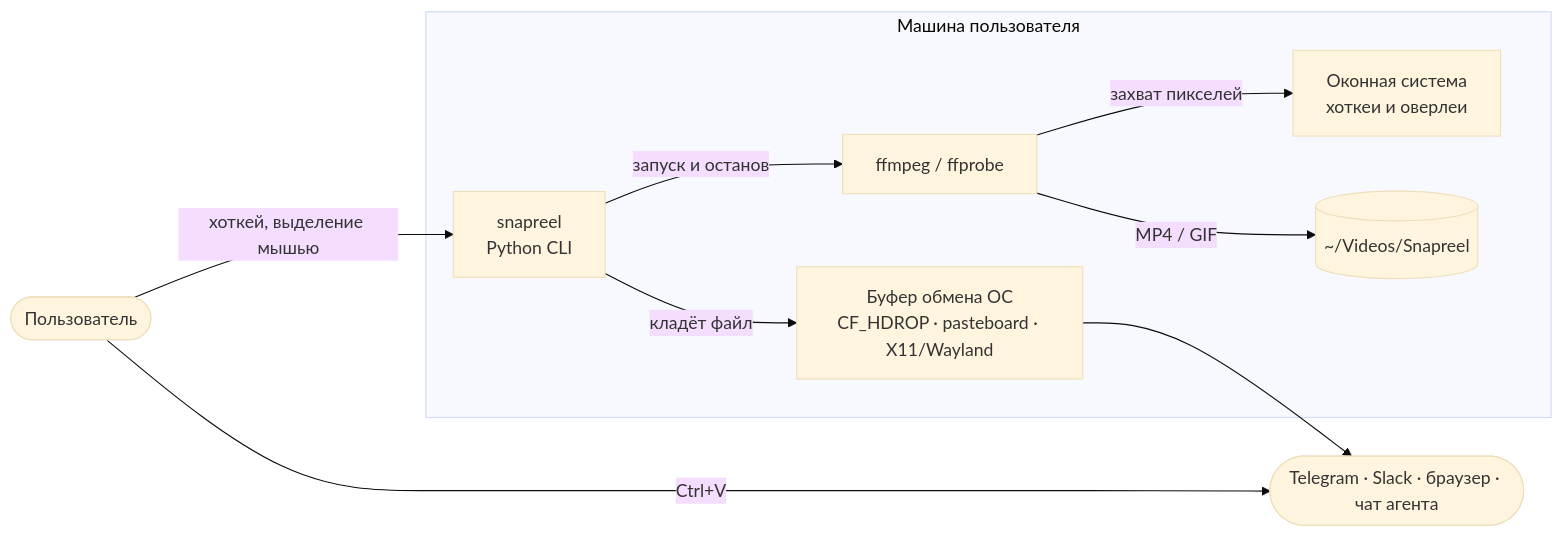
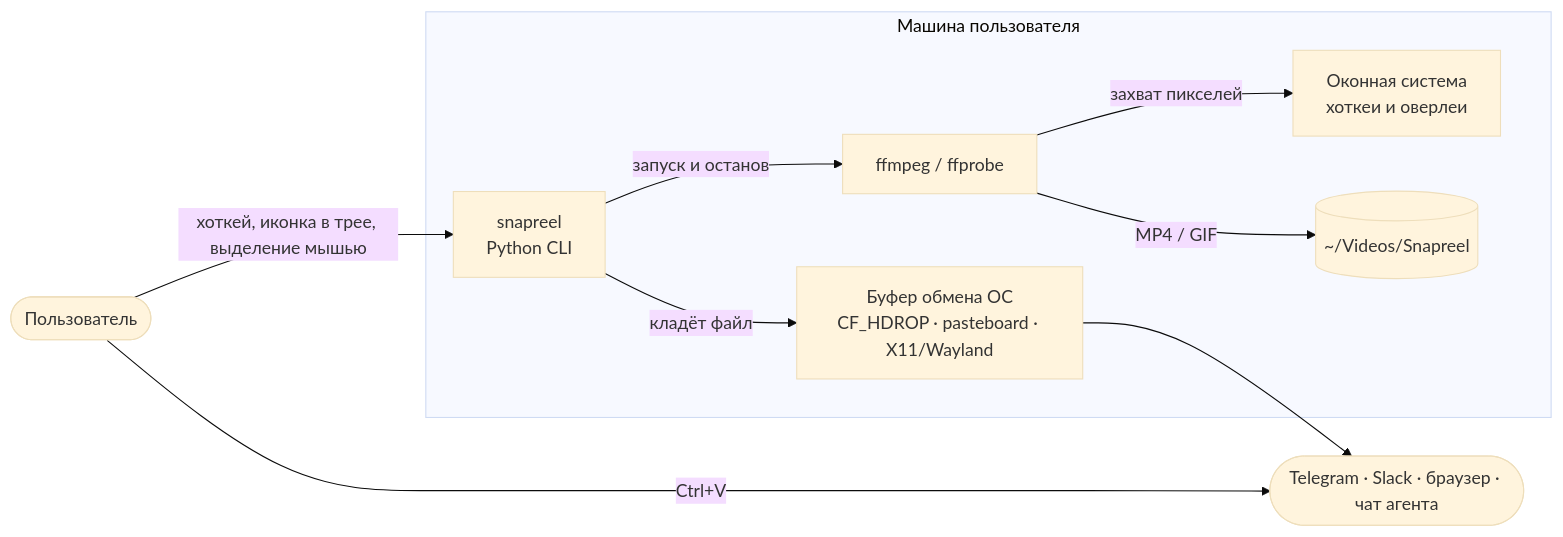
One commit to elementary1997/snapreel changed the first of 4 diagrams in docs/architecture.md. Above: the diagram before and after it, drawn with Mermaid (base theme). The commit also changed other lines of this file and 23 other files, not shown here.

````diff
--- a/docs/architecture.md
+++ b/docs/architecture.md
@@ -11,20 +12,20 @@
 ```mermaid
 graph LR
     user([Пользователь])
     subgraph host[Машина пользователя]
         snapreel[snapreel<br/>Python CLI]
         ffmpeg[ffmpeg / ffprobe]
         clip[Буфер обмена ОС<br/>CF_HDROP · pasteboard · X11/Wayland]
         wm[Оконная система<br/>хоткеи и оверлеи]
         fs[(~/Videos/Snapreel)]
     end
     target([Telegram · Slack · браузер · чат агента])
 
-    user -->|хоткей, выделение мышью| snapreel
+    user -->|хоткей, иконка в трее, выделение мышью| snapreel
     snapreel -->|запуск и останов| ffmpeg
     ffmpeg -->|захват пикселей| wm
     ffmpeg -->|MP4 / GIF| fs
     snapreel -->|кладёт файл| clip
     user -->|Ctrl+V| target
     clip --> target
 ```
````
